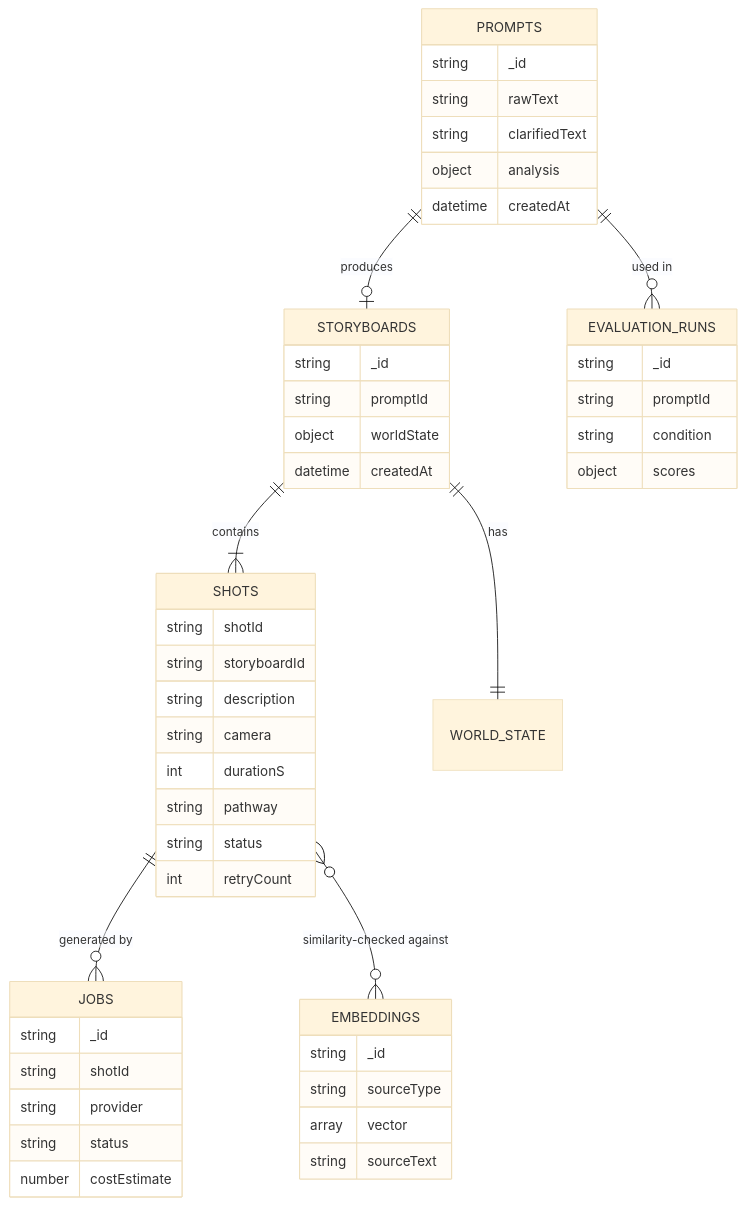
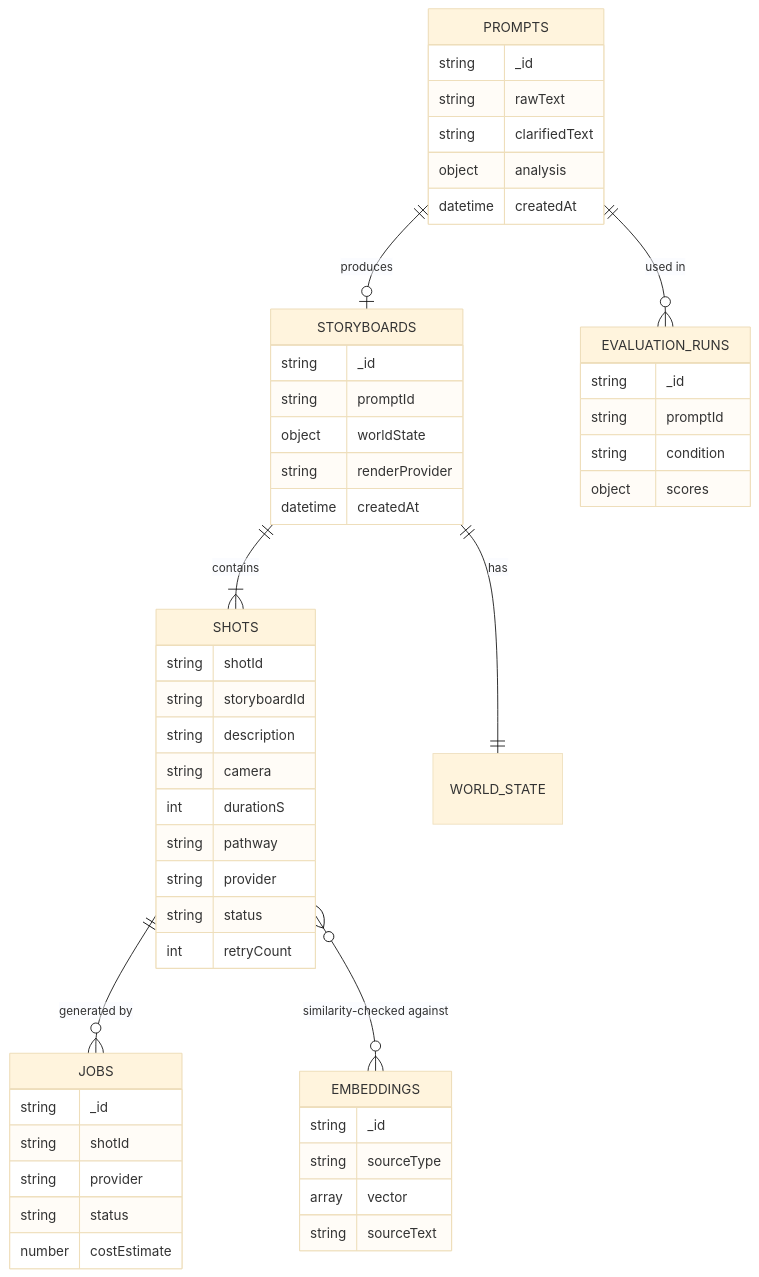
Before and after one commit to Majid580/Vidcraft: the eighth of 11 diagrams in PROJECT_ARCHITECTURE.md, drawn with Mermaid (base theme). The commit also changed other lines of this file and 27 other files, not shown here.

````diff
--- a/PROJECT_ARCHITECTURE.md
+++ b/PROJECT_ARCHITECTURE.md
@@ -874,52 +875,54 @@
 ```mermaid
 erDiagram
     PROMPTS ||--o| STORYBOARDS : "produces"
     STORYBOARDS ||--|{ SHOTS : "contains"
     STORYBOARDS ||--|| WORLD_STATE : "has"
     SHOTS ||--o{ JOBS : "generated by"
     SHOTS }o--o{ EMBEDDINGS : "similarity-checked against"
     PROMPTS ||--o{ EVALUATION_RUNS : "used in"
 
     PROMPTS {
         string _id
         string rawText
         string clarifiedText
         object analysis
         datetime createdAt
     }
     STORYBOARDS {
         string _id
         string promptId
         object worldState
+        string renderProvider
         datetime createdAt
     }
     SHOTS {
         string shotId
         string storyboardId
         string description
         string camera
         int durationS
         string pathway
+        string provider
         string status
         int retryCount
     }
     JOBS {
         string _id
         string shotId
         string provider
         string status
         number costEstimate
     }
     EMBEDDINGS {
         string _id
         string sourceType
         array vector
         string sourceText
     }
     EVALUATION_RUNS {
         string _id
         string promptId
         string condition
         object scores
     }
 ```
````
